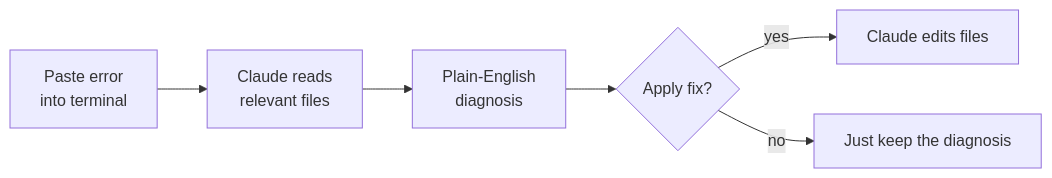
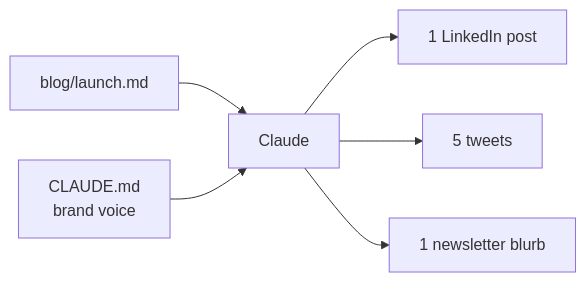
Before and after one commit to velesnitski/claude-code-quickstart: the second of 3 diagrams in docs/04-examples.md, drawn with Mermaid. The commit also changed other lines of this file and 2 other files, not shown here.

First line of the commit message:
docs+ci: marketing examples + sexy PDF (Eisvogel + mermaid)

````diff
--- a/docs/04-examples.md
+++ b/docs/04-examples.md
@@ -93,8 +56,8 @@
 ```mermaid
 flowchart LR
-    A[Paste error<br/>into terminal] --> B[Claude reads<br/>relevant files]
-    B --> C[Plain-English<br/>diagnosis]
-    C --> D{Apply fix?}
-    D -->|yes| E[Claude edits files]
-    D -->|no| F[Just keep the diagnosis]
+    Blog[blog/launch.md] --> Claude
+    CL[CLAUDE.md<br/>brand voice] --> Claude
+    Claude --> LI[1 LinkedIn post]
+    Claude --> TW[5 tweets]
+    Claude --> NL[1 newsletter blurb]
 ```
````
